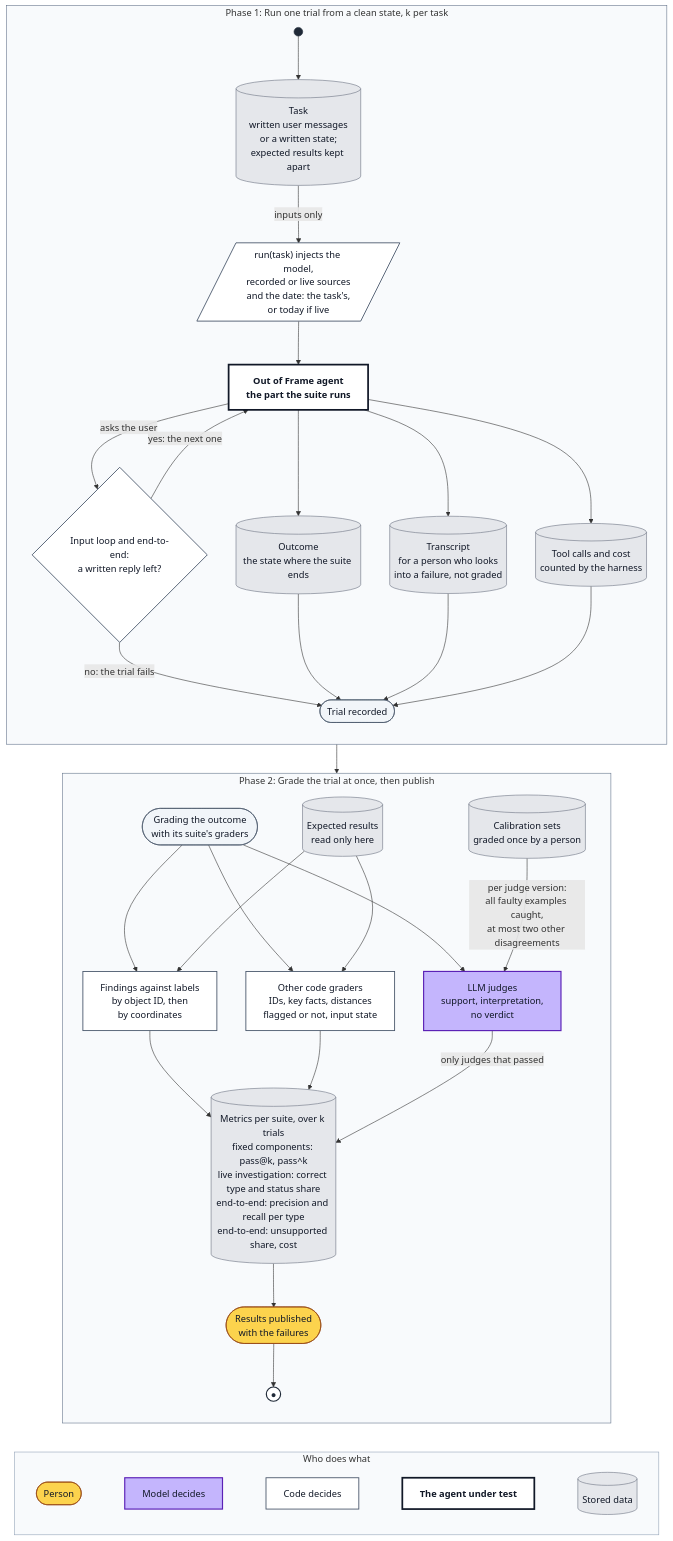
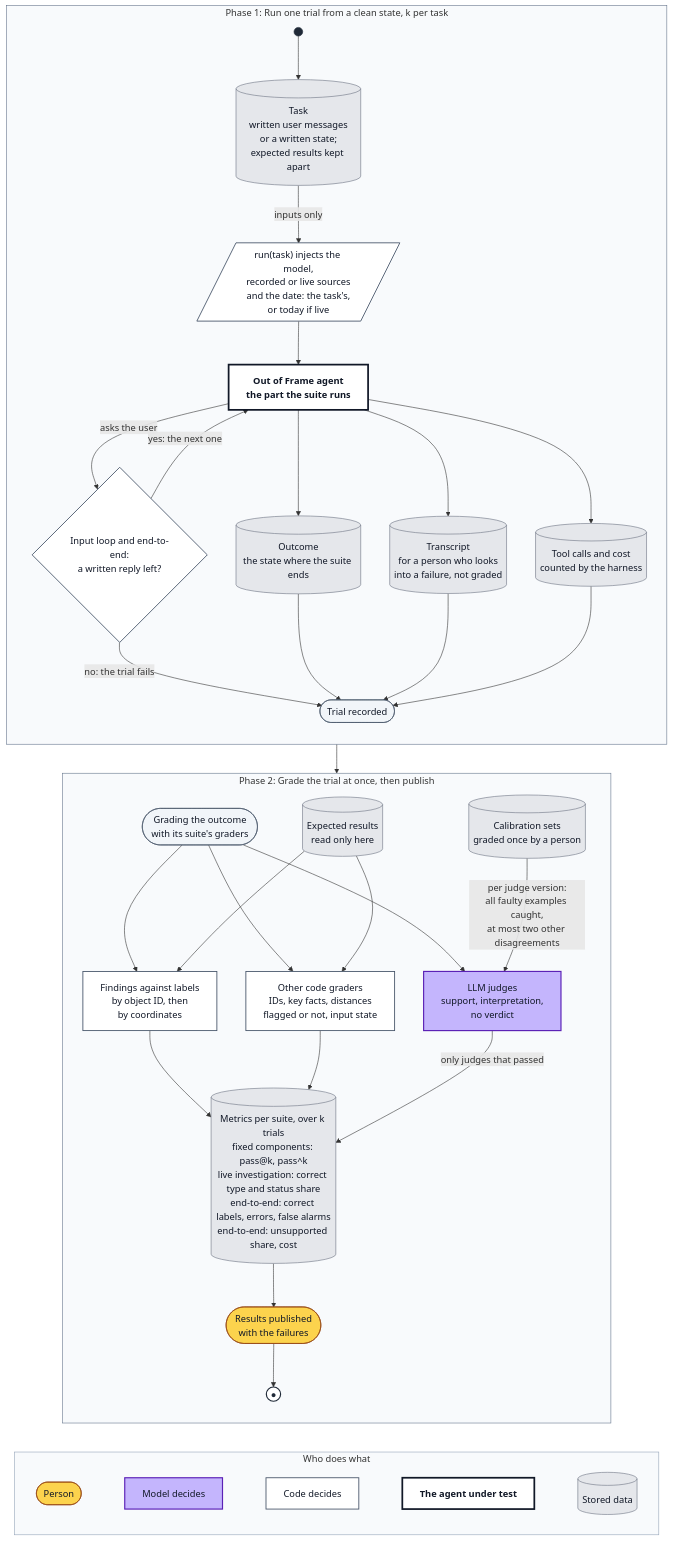
One commit to avashchenkov/out-of-frame changed the diagram in docs/eval-architecture.md. Above: the diagram before and after it, drawn with Mermaid. The commit also changed other lines of this file and 7 other files, not shown here.

````diff
--- a/docs/eval-architecture.md
+++ b/docs/eval-architecture.md
@@ -455,75 +454,75 @@
 ```mermaid
 flowchart TD
     subgraph TRIALS["Phase 1: Run one trial from a clean state, k per task"]
         direction TB
         START((" ")):::start
         TASK[("Task<br/>written user messages<br/>or a written state;<br/>expected results kept apart")]:::data
         INJ[/"run(task) injects the model,<br/>recorded or live sources<br/>and the date: the task's,<br/>or today if live"/]:::code
         AG["Out of Frame agent<br/>the part the suite runs"]:::sut
         RPL{"Input loop and end-to-end:<br/>a written reply left?"}:::code
         OUTC[("Outcome<br/>the state where the suite ends")]:::data
         TRN[("Transcript<br/>for a person who looks<br/>into a failure, not graded")]:::data
         CNT[("Tool calls and cost<br/>counted by the harness")]:::data
         RD(["Trial recorded"]):::milestone
         START --> TASK
         TASK -->|"inputs only"| INJ
         INJ --> AG
         AG -->|"asks the user"| RPL
         RPL -->|"yes: the next one"| AG
         RPL -->|"no: the trial fails"| RD
         AG --> OUTC
         AG --> TRN
         AG --> CNT
         OUTC --> RD
         TRN --> RD
         CNT --> RD
     end
 
     subgraph GRADE["Phase 2: Grade the trial at once, then publish"]
         direction TB
         GS(["Grading the outcome<br/>with its suite's graders"]):::milestone
         SC[("Expected results<br/>read only here")]:::data
         MATCH["Findings against labels<br/>by object ID, then<br/>by coordinates"]:::code
         CG["Other code graders<br/>IDs, key facts, distances<br/>flagged or not, input state"]:::code
         JG["LLM judges<br/>support, interpretation,<br/>no verdict"]:::model
         CAL[("Calibration sets<br/>graded once by a person")]:::data
-        MET[("Metrics per suite, over k trials<br/>fixed components: pass@k, pass^k<br/>live investigation: correct type and status share<br/>end-to-end: precision and recall per type<br/>end-to-end: unsupported share, cost")]:::data
+        MET[("Metrics per suite, over k trials<br/>fixed components: pass@k, pass^k<br/>live investigation: correct type and status share<br/>end-to-end: correct labels, errors, false alarms<br/>end-to-end: unsupported share, cost")]:::data
         PUB(["Results published<br/>with the failures"]):::human
         STOP(("●")):::stop
         GS --> MATCH
         GS --> CG
         GS --> JG
         SC --> MATCH
         SC --> CG
         CAL -->|"per judge version:<br/>all faulty examples caught,<br/>at most two other disagreements"| JG
         MATCH --> MET
         CG --> MET
         JG -->|"only judges that passed"| MET
         MET --> PUB --> STOP
     end
 
     TRIALS --> GRADE
 
     subgraph KEY["Who does what"]
         direction LR
         k1(["Person"]):::human
         k2["Model decides"]:::model
         k3["Code decides"]:::code
         k6["The agent under test"]:::sut
         k4[("Stored data")]:::data
         k1 ~~~ k2 ~~~ k3 ~~~ k6 ~~~ k4
     end
     GRADE ~~~ KEY
 
     classDef human fill:#fcd34d,stroke:#92400e,color:#111827
     classDef model fill:#c4b5fd,stroke:#5b21b6,stroke-width:2px,color:#111827
     classDef code fill:#ffffff,stroke:#475569,stroke-width:1.5px,color:#111827
     classDef sut fill:#ffffff,stroke:#111827,stroke-width:3px,color:#111827,font-weight:bold
     classDef data fill:#e5e7eb,stroke:#6b7280,color:#111827
     classDef milestone fill:#f1f5f9,stroke:#475569,color:#111827
     classDef start fill:#1f2937,stroke:#1f2937,color:#1f2937
     classDef stop fill:#ffffff,stroke:#1f2937,stroke-width:2px,color:#1f2937
     style TRIALS fill:#f8fafc,stroke:#64748b
     style GRADE fill:#f8fafc,stroke:#64748b
     style KEY fill:#f8fafc,stroke:#94a3b8
 ```
````
